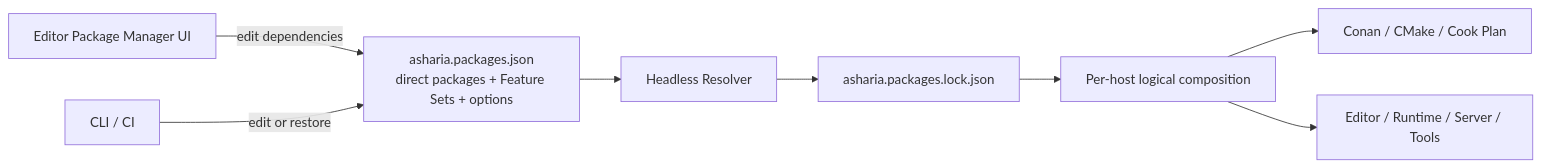
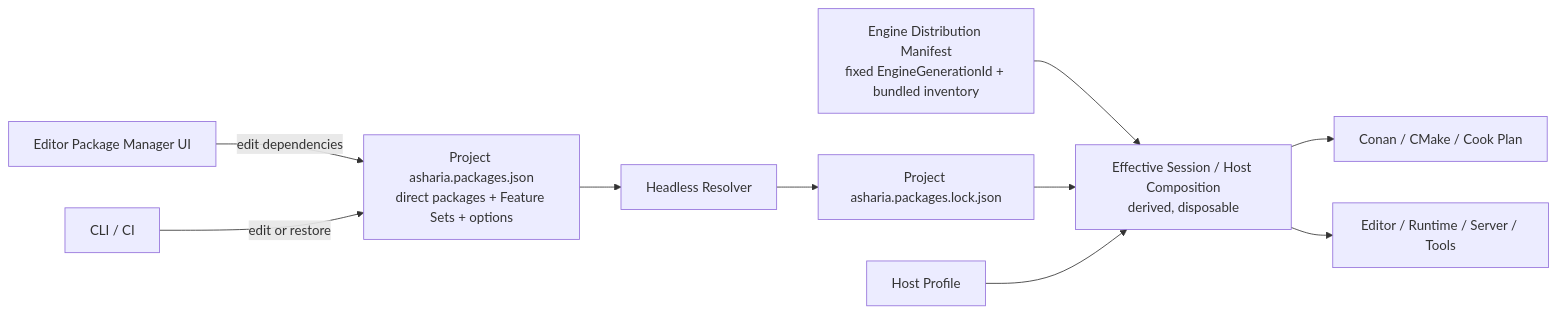
One commit to 66six11/Engine changed the diagram in docs/architecture/package-first.md. Above: the diagram before and after it, drawn with Mermaid. The commit also changed other lines of this file and 14 other files, not shown here.

````diff
--- a/docs/architecture/package-first.md
+++ b/docs/architecture/package-first.md
@@ -202,19 +206,23 @@
 ```mermaid
 flowchart LR
     Editor["Editor Package Manager UI"]
     CLI["CLI / CI"]
-    Manifest["asharia.packages.json<br/>direct packages + Feature Sets + options"]
+    Distribution["Engine Distribution Manifest<br/>fixed EngineGenerationId + bundled inventory"]
+    Manifest["Project asharia.packages.json<br/>direct packages + Feature Sets + options"]
     Resolver["Headless Resolver"]
-    Lock["asharia.packages.lock.json"]
-    Composition["Per-host logical composition"]
+    Lock["Project asharia.packages.lock.json"]
+    Profile["Host Profile"]
+    Composition["Effective Session / Host Composition<br/>derived, disposable"]
     Build["Conan / CMake / Cook Plan"]
     Hosts["Editor / Runtime / Server / Tools"]
 
     Editor -->|"edit dependencies"| Manifest
     CLI -->|"edit or restore"| Manifest
     Manifest --> Resolver
     Resolver --> Lock
+    Distribution --> Composition
     Lock --> Composition
+    Profile --> Composition
     Composition --> Build
     Composition --> Hosts
 ```
````
